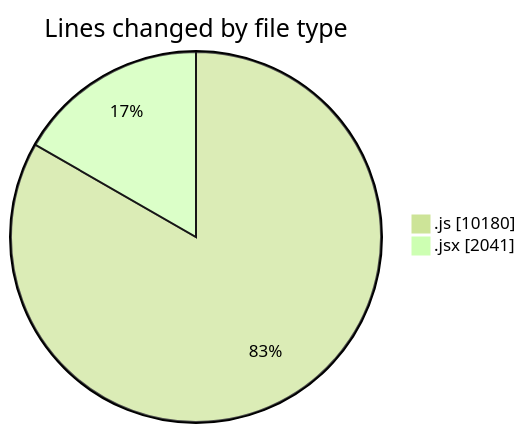
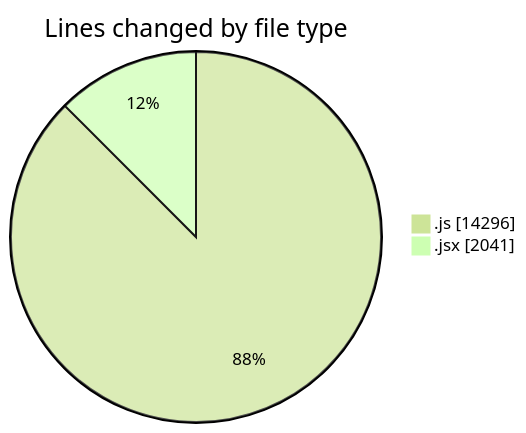
The first of 2 diagrams in 2025-10-01/nxtqube_webapp/README.md (nxtqubesakshisongat/code-tracking), drawn with Mermaid (forest theme) before and after one commit. The commit also changed other lines of this file and 1 other file, not shown here.

````diff
--- a/2025-10-01/nxtqube_webapp/README.md
+++ b/2025-10-01/nxtqube_webapp/README.md
@@ -22,6 +22,6 @@
 ```mermaid
 pie showData
 title Lines changed by file type
-".js" : 10180
+".js" : 14296
 ".jsx" : 2041
 ```
````
